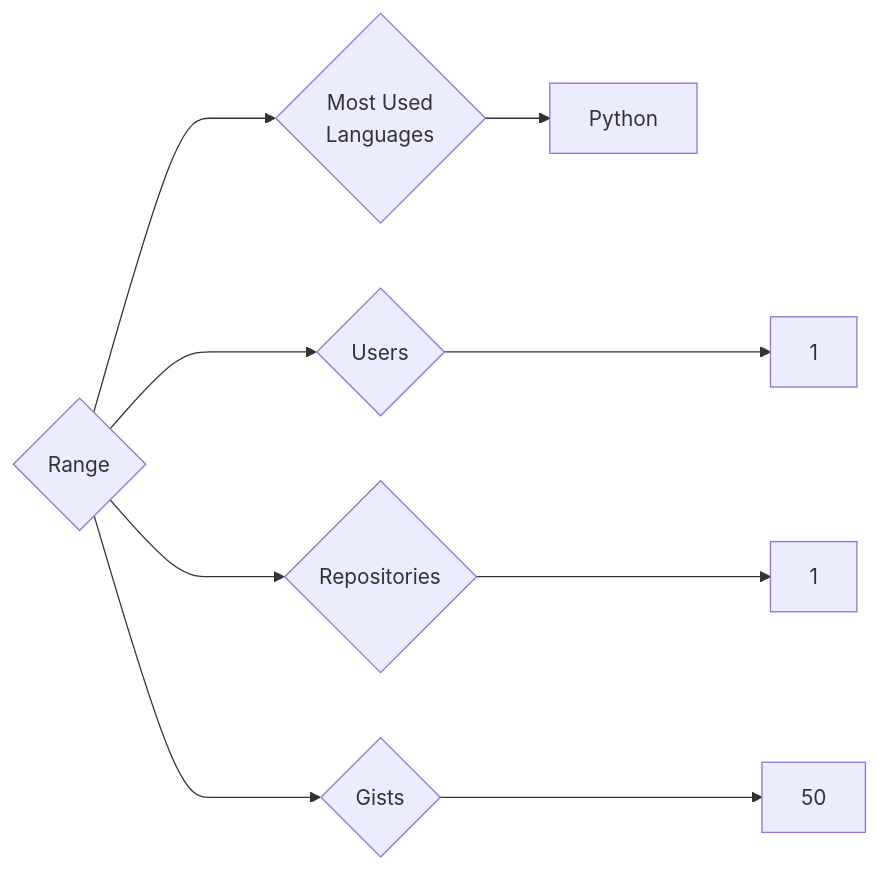
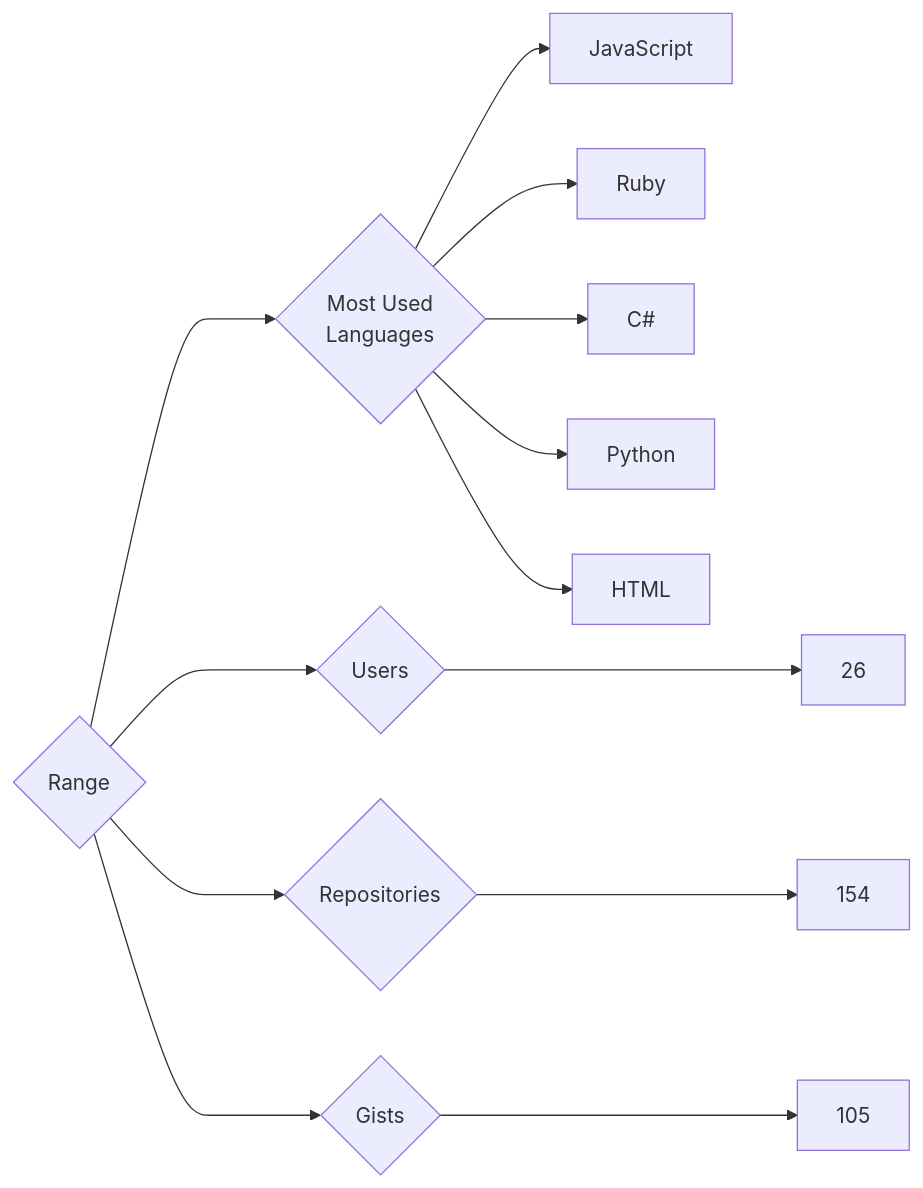
One commit to trickest/insiders changed the diagram in targets/Range/README.md. Above: the diagram before and after it, drawn with Mermaid. The commit also changed 973 other files, not shown here.

````diff
--- a/targets/Range/README.md
+++ b/targets/Range/README.md
@@ -3,9 +3,13 @@
 ```mermaid
 graph LR
 COMPANY_NAME{Range}
-COMPANY_NAME ---> U{Users} ---> UN[1]
-COMPANY_NAME ---> R{Repositories} ---> RN[1]
-COMPANY_NAME ---> G{Gists} ---> GN[50]
+COMPANY_NAME ---> U{Users} ---> UN[26]
+COMPANY_NAME ---> R{Repositories} ---> RN[154]
+COMPANY_NAME ---> G{Gists} ---> GN[105]
 COMPANY_NAME ---> ML{Most Used<br>Languages}
+ML --> JavaScript[JavaScript]
+ML --> Ruby[Ruby]
+ML --> C#[C#]
 ML --> Python[Python]
+ML --> HTML[HTML]
 ```
````
